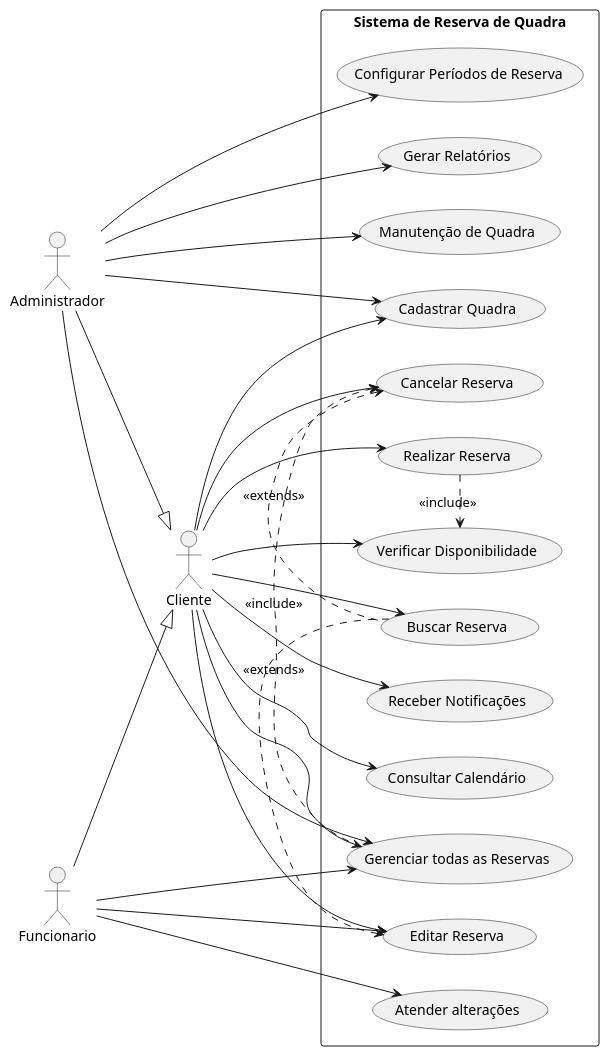
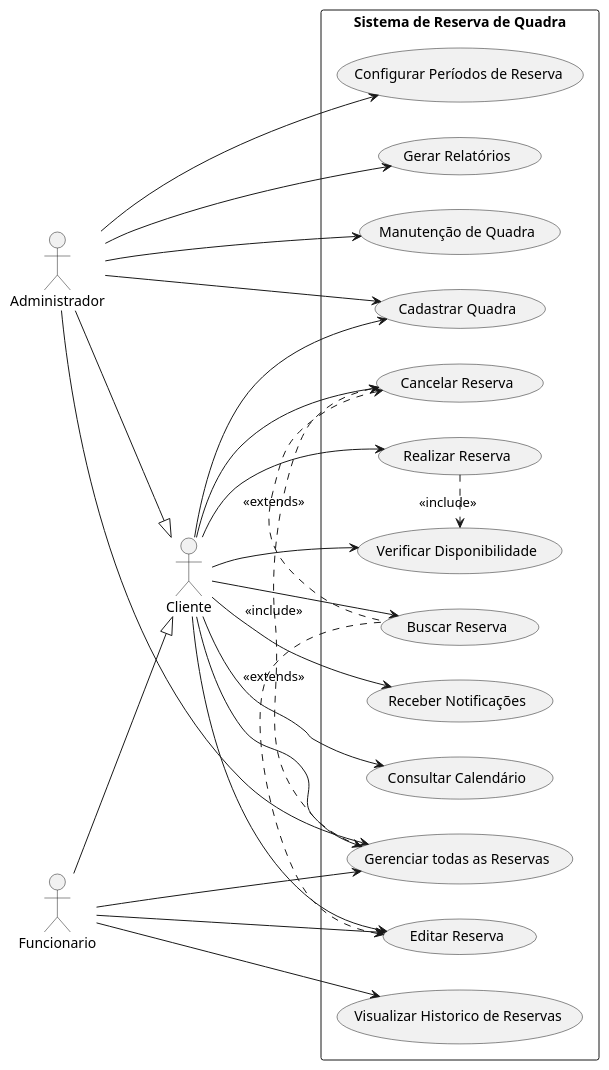
Before and after one commit to tayna01/analise-projeto-sistemas: the diagram in diarios/maurolibanore/Diagramas/reservas.puml, drawn with PlantUML. The commit also changed 1 other file, not shown here.

```diff
--- a/diarios/maurolibanore/Diagramas/reservas.puml
+++ b/diarios/maurolibanore/Diagramas/reservas.puml
@@ -1,54 +1,54 @@
 @startuml
 
 left to right direction
 
 actor cli as "Cliente"
 actor adm as "Administrador"
 actor fun as "Funcionario"
 
 
 rectangle "Sistema de Reserva de Quadra" {
     usecase "Consultar Calendário" as cu01
     usecase "Buscar Reserva" as cu02
     usecase "Realizar Reserva" as cu03
     usecase "Verificar Disponibilidade" as cu04
     usecase "Cancelar Reserva" as cu05
     usecase "Gerenciar todas as Reservas" as cu06
     usecase "Cadastrar Quadra" as cu07
     usecase "Editar Reserva" as cu08
     usecase "Gerar Relatórios" as cu09
     usecase "Manutenção de Quadra" as cu10
     usecase "Receber Notificações" as cu11
     usecase "Configurar Períodos de Reserva" as cu12
-    usecase "Atender alterações" as cu13
+    usecase "Visualizar Historico de Reservas" as cu13
 
 
     cu06 .> cu05 : <<include>>
     cu03 .> cu04 : <<include>>
     cu05 <. cu02 : <<extends>>
     cu08 <. cu02 : <<extends>>
 }
 
-cli --> cu01  
+cli --> cu01    
 cli --> cu02
 cli --> cu03
 cli --> cu04
 cli --> cu05
 cli --> cu06
 cli --> cu07
 cli --> cu08
 cli -> cu11
 
 adm --|> cli
 adm --> cu06
 adm --> cu07
 adm --> cu09
 adm --> cu10
 adm --> cu12
 
 fun --|> cli
 fun --> cu06
 fun --> cu08
 fun --> cu13
 
 @enduml
```
